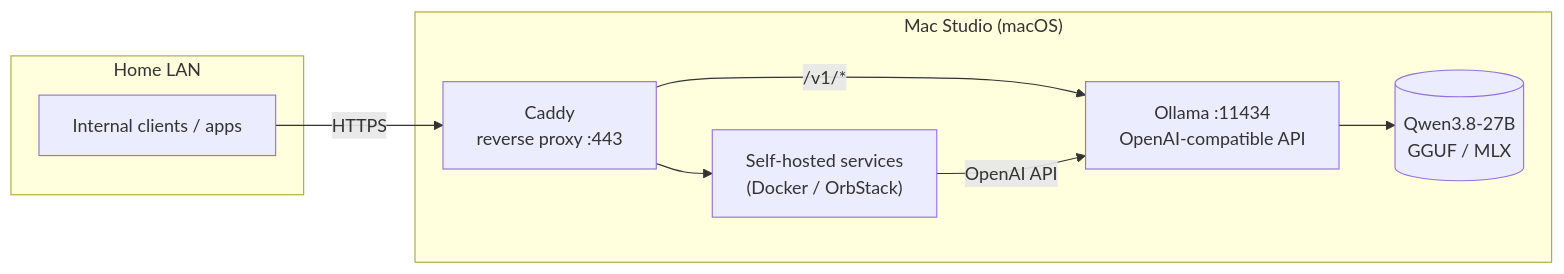
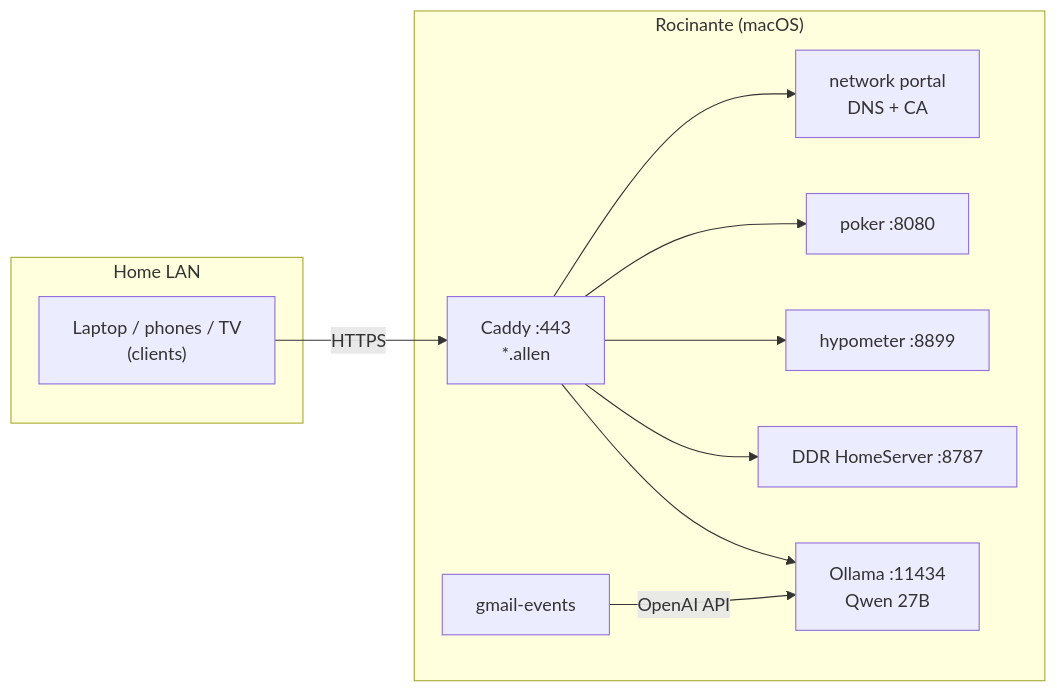
Before and after one commit to chris-l-allen/mac-studio-ai-homeserver: the diagram in README.md, drawn with Mermaid. The commit also changed other lines of this file and 8 other files, not shown here.

````diff
--- a/README.md
+++ b/README.md
@@ -265,19 +46,24 @@
 ```mermaid
 flowchart LR
     subgraph LAN["Home LAN"]
-        U["Internal clients / apps"]
+        C["Laptop / phones / TV<br/>(clients)"]
     end
 
-    subgraph MS["Mac Studio (macOS)"]
-        C["Caddy<br/>reverse proxy :443"]
-        S["Self-hosted services<br/>(Docker / OrbStack)"]
-        O["Ollama :11434<br/>OpenAI-compatible API"]
-        M[("Qwen3.8-27B<br/>GGUF / MLX")]
-        O --> M
+    subgraph R["Rocinante (macOS)"]
+        CAD["Caddy :443<br/>*.allen"]
+        NET["network portal<br/>DNS + CA"]
+        POKER["poker :8080"]
+        HYP["hypometer :8899"]
+        DDR["DDR HomeServer :8787"]
+        OLL["Ollama :11434<br/>Qwen 27B"]
+        GMAIL["gmail-events"]
     end
 
-    U -->|HTTPS| C
-    C --> S
-    C -->|"/v1/*"| O
-    S -->|"OpenAI API"| O
+    C -->|HTTPS| CAD
+    CAD --> NET
+    CAD --> POKER
+    CAD --> HYP
+    CAD --> DDR
+    CAD --> OLL
+    GMAIL -->|OpenAI API| OLL
 ```
````
